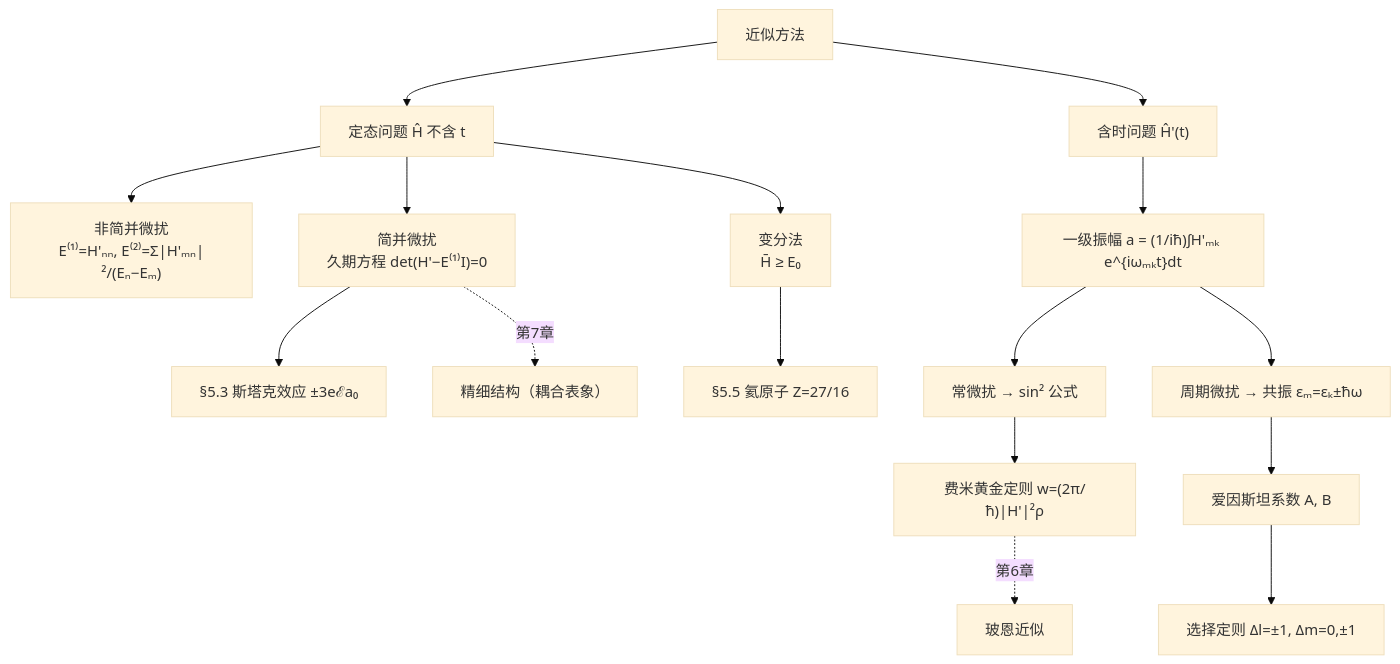
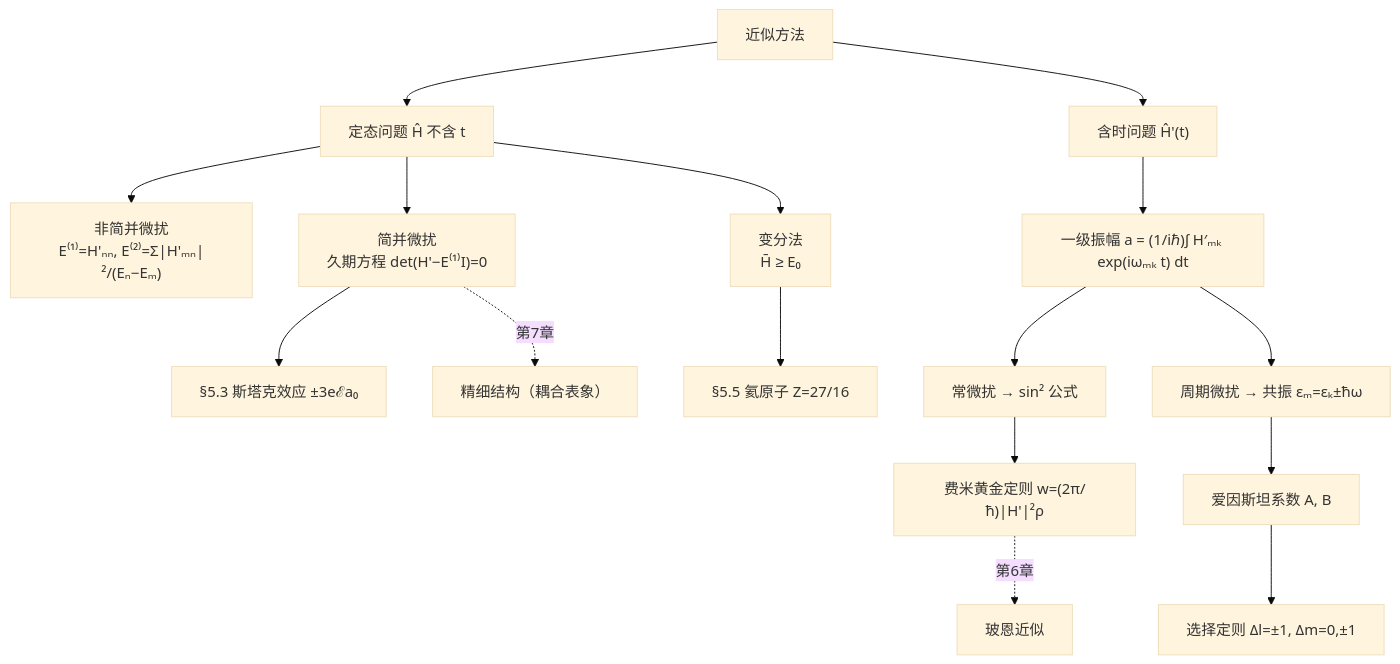
Before and after one commit to cockroach-f/quantum-mechanics: the diagram in docs/ch5.md, drawn with Mermaid (base theme). The commit also changed other lines of this file, not shown here.

Commit message:
按课件标出上课范围，并把归纳图里的指数写成 exp。

````diff
--- a/docs/ch5.md
+++ b/docs/ch5.md
@@ -657,18 +667,18 @@
     ```mermaid
     flowchart TD
         A["近似方法"] --> S["定态问题 Ĥ 不含 t"]
         A --> T["含时问题 Ĥ'(t)"]
         S --> ND["非简并微扰<br/>E⁽¹⁾=H'ₙₙ, E⁽²⁾=Σ|H'ₘₙ|²/(Eₙ−Eₘ)"]
         S --> DG["简并微扰<br/>久期方程 det(H'−E⁽¹⁾I)=0"]
         S --> VAR["变分法<br/>H̄ ≥ E₀"]
         DG --> STARK["§5.3 斯塔克效应 ±3eℰa₀"]
         DG -.第7章.-> FS["精细结构（耦合表象）"]
         VAR --> HE["§5.5 氦原子 Z=27/16"]
-        T --> AMP["一级振幅 a = (1/iħ)∫H'ₘₖ e^{iωₘₖt}dt"]
+        T --> AMP["一级振幅 a = (1/iℏ)∫ H′ₘₖ exp(iωₘₖ t) dt"]
         AMP --> CONST["常微扰 → sin² 公式"]
         CONST --> FGR["费米黄金定则 w=(2π/ħ)|H'|²ρ"]
         AMP --> PER["周期微扰 → 共振 εₘ=εₖ±ħω"]
         PER --> EIN["爱因斯坦系数 A, B"]
         EIN --> SEL["选择定则 Δl=±1, Δm=0,±1"]
         FGR -.第6章.-> BORN["玻恩近似"]
     ```
````
